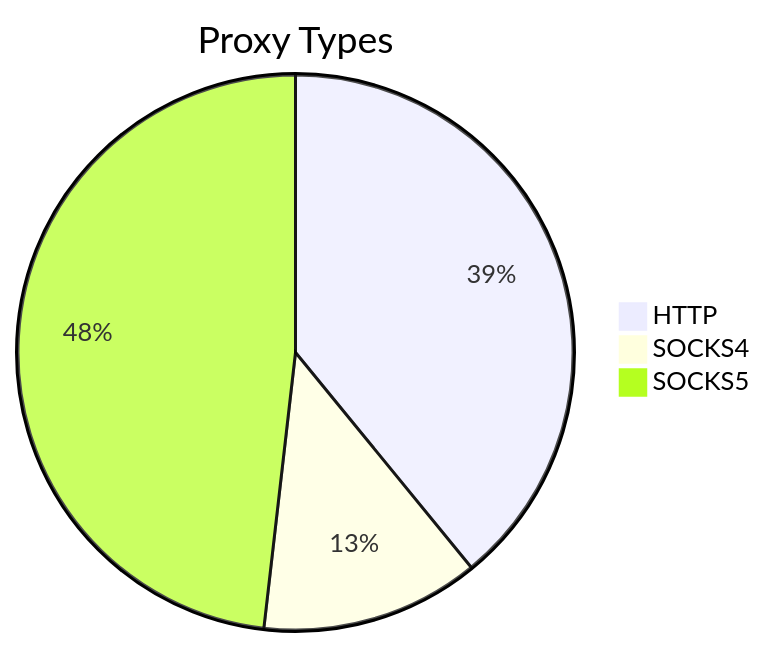
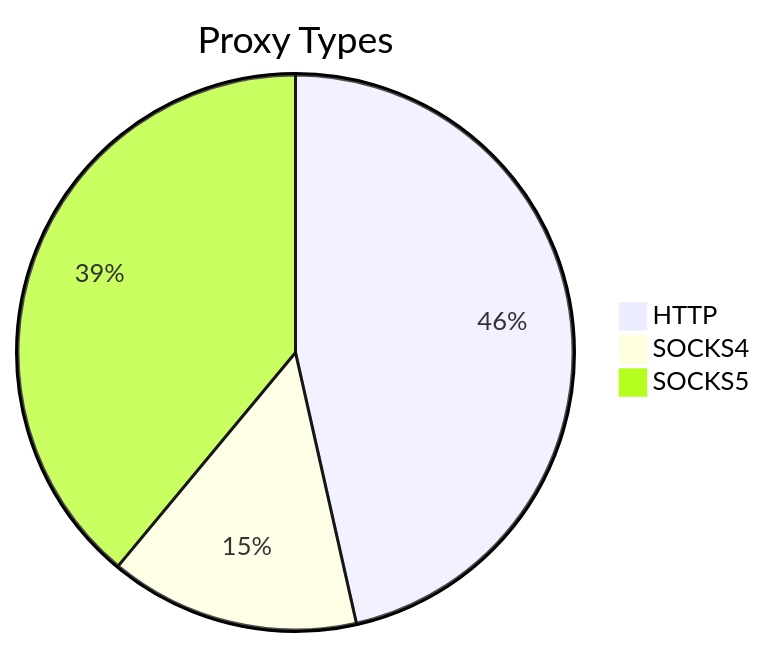
The first of 2 diagrams in README.md (stormsia/proxy-list), drawn with Mermaid before and after one commit. The commit also changed other lines of this file, not shown here.

````diff
--- a/README.md
+++ b/README.md
@@ -21,6 +21,6 @@
 ```mermaid
 pie title Proxy Types
-    "HTTP" : 86
-    "SOCKS4" : 28
-    "SOCKS5" : 106
+    "HTTP" : 99
+    "SOCKS4" : 31
+    "SOCKS5" : 83
 ```
````
